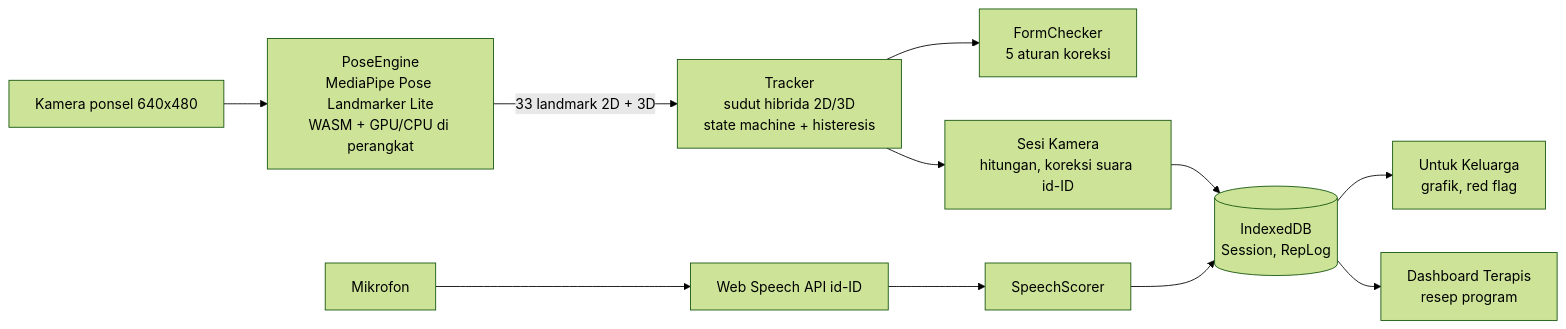
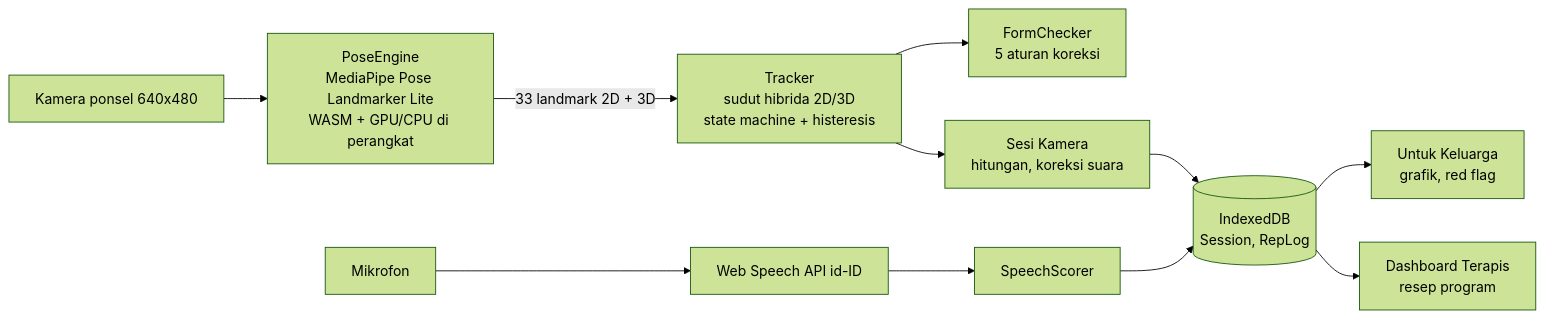
One commit to arthamegayasa/pulihin changed the diagram in README.md. Above: the diagram before and after it, drawn with Mermaid (forest theme). The commit also changed other lines of this file and 411 other files, not shown here.

````diff
--- a/README.md
+++ b/README.md
@@ -107,11 +117,11 @@
 ```mermaid
 flowchart LR
   Cam[Kamera ponsel 640x480] --> PE[PoseEngine\nMediaPipe Pose Landmarker Lite\nWASM + GPU/CPU di perangkat]
   PE -->|33 landmark 2D + 3D| TR[Tracker\nsudut hibrida 2D/3D\nstate machine + histeresis]
   TR --> FC[FormChecker\n5 aturan koreksi]
-  TR --> UI[Sesi Kamera\nhitungan, koreksi suara id-ID]
+  TR --> UI[Sesi Kamera\nhitungan, koreksi suara]
   UI --> DB[(IndexedDB\nSession, RepLog)]
   Mic[Mikrofon] --> WS[Web Speech API id-ID] --> SC[SpeechScorer] --> DB
   DB --> K[Untuk Keluarga\ngrafik, red flag]
   DB --> T[Dashboard Terapis\nresep program]
 ```
````
